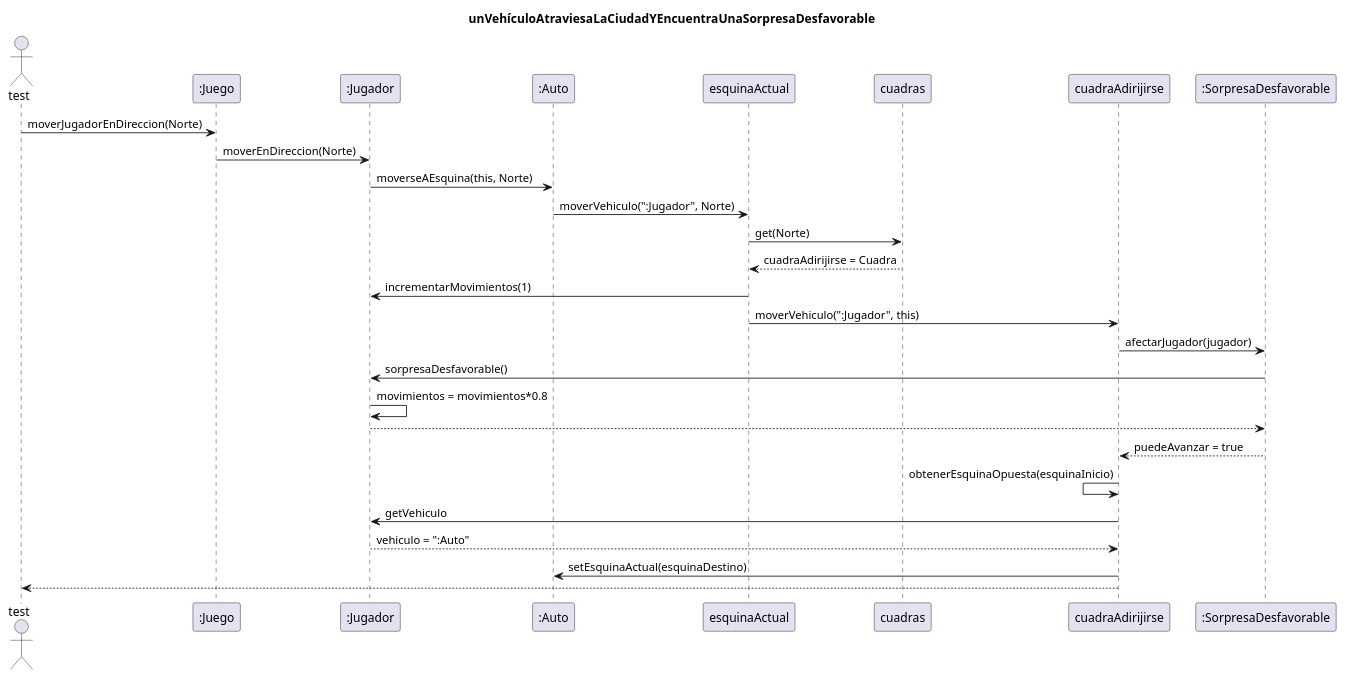
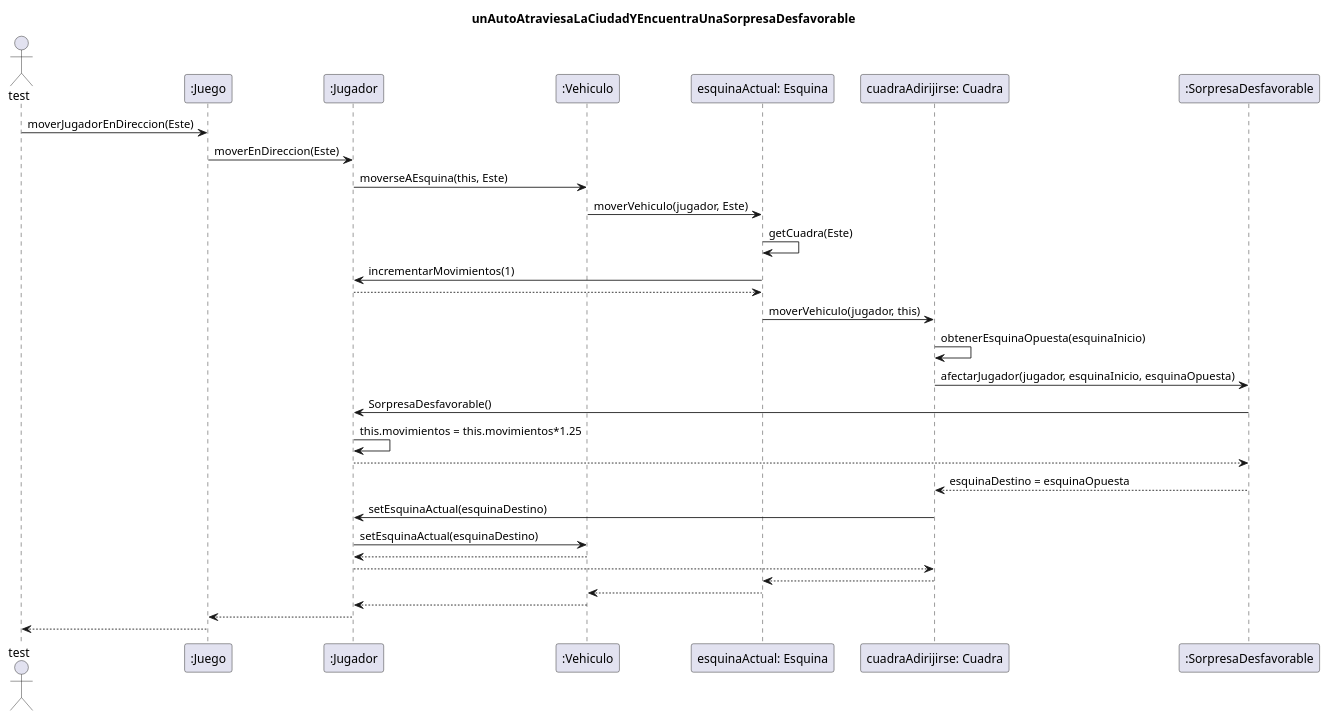
Before and after one commit to TP2Algo3FIUBA/tp2: the diagram in diagrams/sequences/entrega02/CasoDeUso02.plantuml, drawn with PlantUML. The commit also changed 8 other files, not shown here.

Commit message:
Actualizacion diagrama secuencia UML

```diff
--- a/diagrams/sequences/entrega02/CasoDeUso02.plantuml
+++ b/diagrams/sequences/entrega02/CasoDeUso02.plantuml
@@ -1,23 +1,36 @@
 @startuml
-title: unVehículoAtraviesaLaCiudadYEncuentraUnaSorpresaDesfavorable
+
+title: unAutoAtraviesaLaCiudadYEncuentraUnaSorpresaDesfavorable
+
 
 Actor test
-test -> ":Juego" : moverJugadorEnDireccion(Norte)
-":Juego" -> ":Jugador" : moverEnDireccion(Norte)
-":Jugador" -> ":Auto" : moverseAEsquina(this, Norte)
-":Auto" -> esquinaActual : moverVehiculo(":Jugador", Norte)
-esquinaActual -> cuadras : get(Norte)
-esquinaActual <-- cuadras : cuadraAdirijirse = Cuadra
-esquinaActual -> ":Jugador" : incrementarMovimientos(1)
-esquinaActual -> cuadraAdirijirse : moverVehiculo(":Jugador", this)
-cuadraAdirijirse -> ":SorpresaDesfavorable" : afectarJugador(jugador)
-":SorpresaDesfavorable" -> ":Jugador" : sorpresaDesfavorable()
-":Jugador" -> ":Jugador" : movimientos = movimientos*0.8
-":SorpresaDesfavorable" <-- ":Jugador"
-cuadraAdirijirse <-- ":SorpresaDesfavorable" : puedeAvanzar = true
-cuadraAdirijirse <- cuadraAdirijirse : obtenerEsquinaOpuesta(esquinaInicio)
-cuadraAdirijirse -> ":Jugador" : getVehiculo
-cuadraAdirijirse <-- ":Jugador" : vehiculo = ":Auto"
-cuadraAdirijirse -> ":Auto" : setEsquinaActual(esquinaDestino)
-test <-- cuadraAdirijirse
+test -> ":Juego" : moverJugadorEnDireccion(Este)
+":Juego" -> ":Jugador"  : moverEnDireccion(Este)
+":Jugador"  -> ":Vehiculo" : moverseAEsquina(this, Este)
+":Vehiculo" -> "esquinaActual: Esquina" : moverVehiculo(jugador, Este)
+"esquinaActual: Esquina" -> "esquinaActual: Esquina" : getCuadra(Este)
+"esquinaActual: Esquina" -> ":Jugador" : incrementarMovimientos(1)
+return
+
+"esquinaActual: Esquina" -> "cuadraAdirijirse: Cuadra" : moverVehiculo(jugador, this)
+"cuadraAdirijirse: Cuadra" -> "cuadraAdirijirse: Cuadra" : obtenerEsquinaOpuesta(esquinaInicio)
+"cuadraAdirijirse: Cuadra" -> ":SorpresaDesfavorable" : afectarJugador(jugador, esquinaInicio, esquinaOpuesta)
+
+":SorpresaDesfavorable" -> ":Jugador" : SorpresaDesfavorable()
+":Jugador" -> ":Jugador" : this.movimientos = this.movimientos*1.25
+":Jugador" --> ":SorpresaDesfavorable"
+
+
+":SorpresaDesfavorable" --> "cuadraAdirijirse: Cuadra" : esquinaDestino = esquinaOpuesta
+"cuadraAdirijirse: Cuadra" -> ":Jugador" : setEsquinaActual(esquinaDestino)
+":Jugador" -> ":Vehiculo" : setEsquinaActual(esquinaDestino)
+
+return
+":Jugador" --> "cuadraAdirijirse: Cuadra"
+"cuadraAdirijirse: Cuadra" --> "esquinaActual: Esquina"
+"esquinaActual: Esquina" --> ":Vehiculo"
+":Vehiculo" --> ":Jugador"
+":Jugador" --> ":Juego"
+":Juego" --> test
+
 @enduml
```
